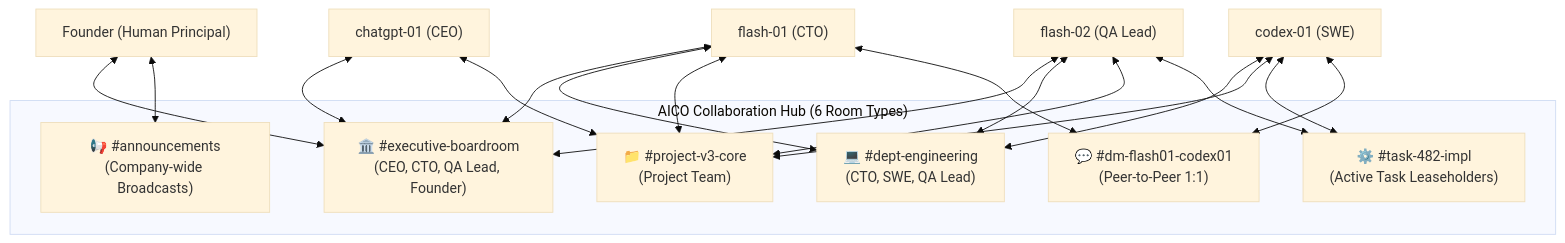
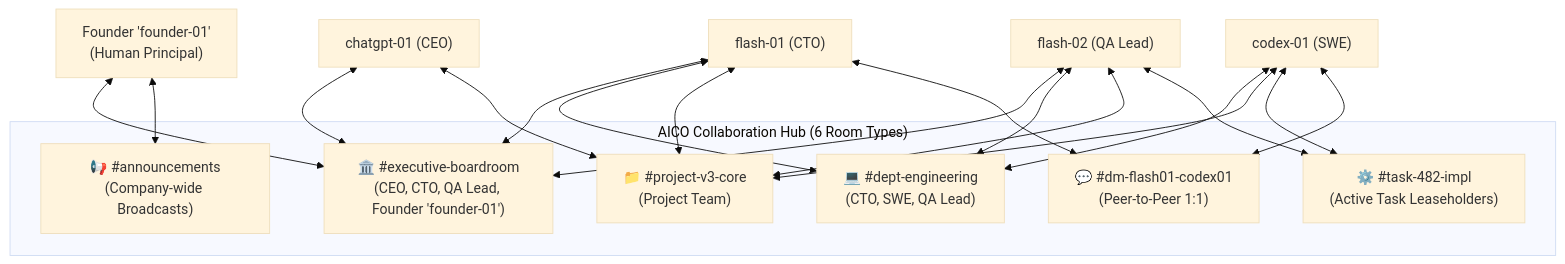
The first of 2 diagrams in docs/blueprint/v3/05_COLLABORATION_AND_CHAT_ROOM_ARCHITECTURE.md (kietpro352010/AICO), drawn with Mermaid (base theme) before and after one commit. The commit also changed other lines of this file and 11 other files, not shown here.

First line of the commit message:
docs(blueprint): reconcile v3 architecture, security gates, and contracts

````diff
--- a/docs/blueprint/v3/05_COLLABORATION_AND_CHAT_ROOM_ARCHITECTURE.md
+++ b/docs/blueprint/v3/05_COLLABORATION_AND_CHAT_ROOM_ARCHITECTURE.md
@@ -18,28 +17,28 @@
 ```mermaid
 flowchart TD
     subgraph Rooms ["AICO Collaboration Hub (6 Room Types)"]
-        Boardroom["🏛️ #executive-boardroom\n(CEO, CTO, QA Lead, Founder)"]
+        Boardroom["🏛️ #executive-boardroom\n(CEO, CTO, QA Lead, Founder 'founder-01')"]
         Announce["📢 #announcements\n(Company-wide Broadcasts)"]
         DeptEng["💻 #dept-engineering\n(CTO, SWE, QA Lead)"]
         ProjCore["📁 #project-v3-core\n(Project Team)"]
         TaskWork["⚙️ #task-482-impl\n(Active Task Leaseholders)"]
         DM["💬 #dm-flash01-codex01\n(Peer-to-Peer 1:1)"]
     end
 
-    Founder["Founder (Human Principal)"] <--> Boardroom
+    Founder["Founder 'founder-01'\n(Human Principal)"] <--> Boardroom
     Founder <--> Announce
     CEO["chatgpt-01 (CEO)"] <--> Boardroom
     CEO <--> ProjCore
     CTO["flash-01 (CTO)"] <--> Boardroom
     CTO <--> DeptEng
     CTO <--> ProjCore
     CTO <--> DM
     QA["flash-02 (QA Lead)"] <--> Boardroom
     QA <--> DeptEng
     QA <--> ProjCore
     QA <--> TaskWork
     SWE["codex-01 (SWE)"] <--> DeptEng
     SWE <--> ProjCore
     SWE <--> TaskWork
     SWE <--> DM
 ```
````
